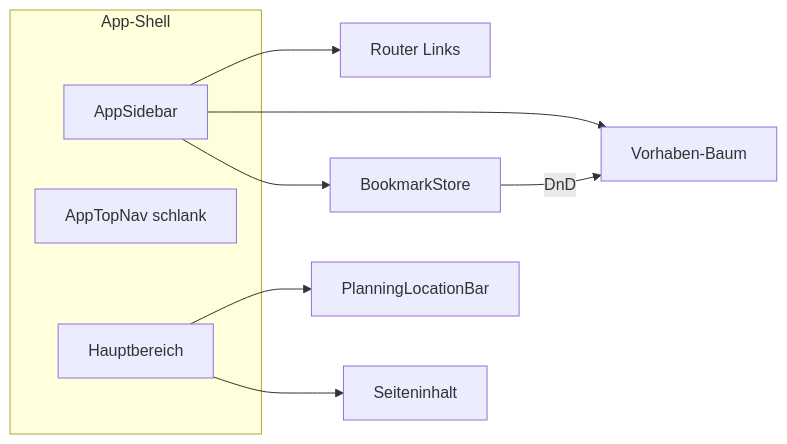
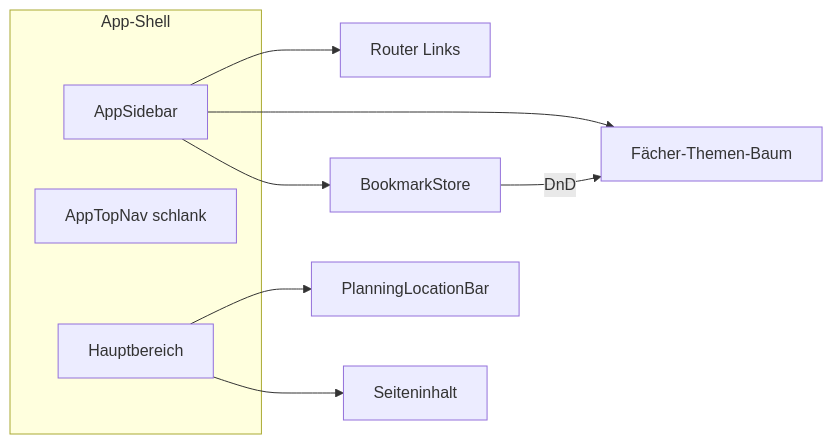
Before and after one commit to eifachtimon/Lehrplan_APP: the diagram in docs/SIDEBAR_IA.md, drawn with Mermaid. The commit also changed other lines of this file and 1 other file, not shown here.

````diff
--- a/docs/SIDEBAR_IA.md
+++ b/docs/SIDEBAR_IA.md
@@ -136,14 +132,14 @@
 ```mermaid
 flowchart LR
   subgraph shell [App-Shell]
     SB[AppSidebar]
     TOP[AppTopNav schlank]
     MAIN[Hauptbereich]
   end
   SB --> NAV[Router Links]
-  SB --> TREE[Vorhaben-Baum]
+  SB --> TREE[Fächer-Themen-Baum]
   SB --> BIB[BookmarkStore]
   MAIN --> LOC[PlanningLocationBar]
   MAIN --> PAGE[Seiteninhalt]
   BIB -->|DnD| TREE
 ```
````
